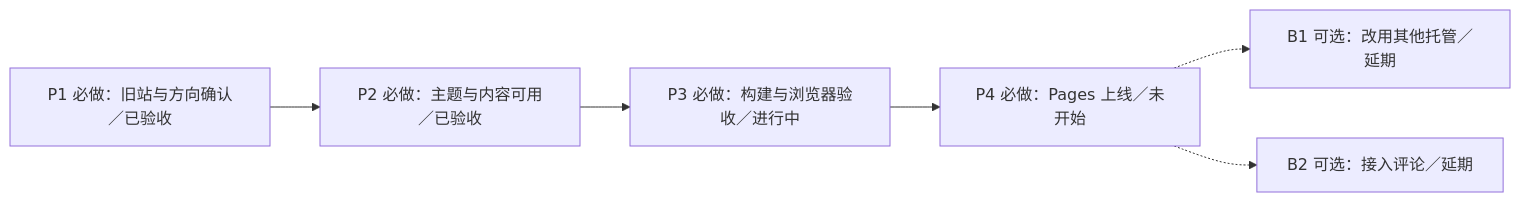
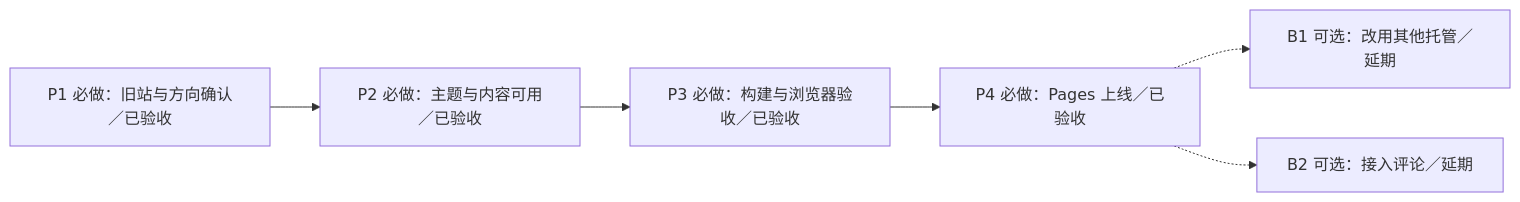
One commit to MoclifFood/MoclifFood.github.io changed the diagram in Library/项目-开发计划图.md. Above: the diagram before and after it, drawn with Mermaid. The commit also changed 20 other files, not shown here.

````diff
--- a/Library/项目-开发计划图.md
+++ b/Library/项目-开发计划图.md
@@ -3,8 +3,8 @@
 ```mermaid
 flowchart LR
   P1["P1 必做：旧站与方向确认／已验收"] --> P2["P2 必做：主题与内容可用／已验收"]
-  P2 --> P3["P3 必做：构建与浏览器验收／进行中"]
-  P3 --> P4["P4 必做：Pages 上线／未开始"]
+  P2 --> P3["P3 必做：构建与浏览器验收／已验收"]
+  P3 --> P4["P4 必做：Pages 上线／已验收"]
   P4 -.-> B1["B1 可选：改用其他托管／延期"]
   P4 -.-> B2["B2 可选：接入评论／延期"]
 ```
````
